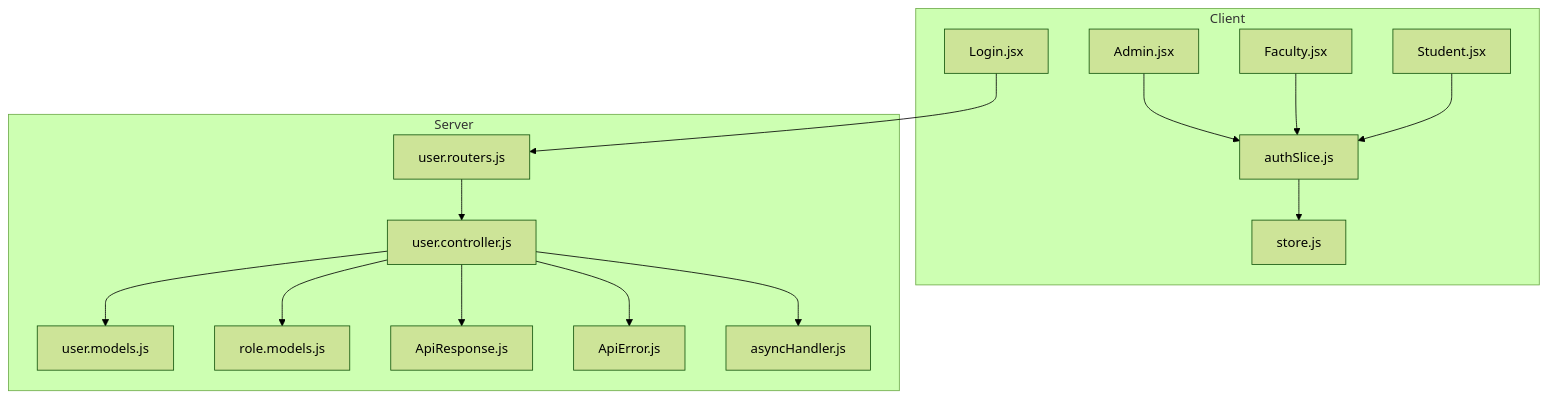
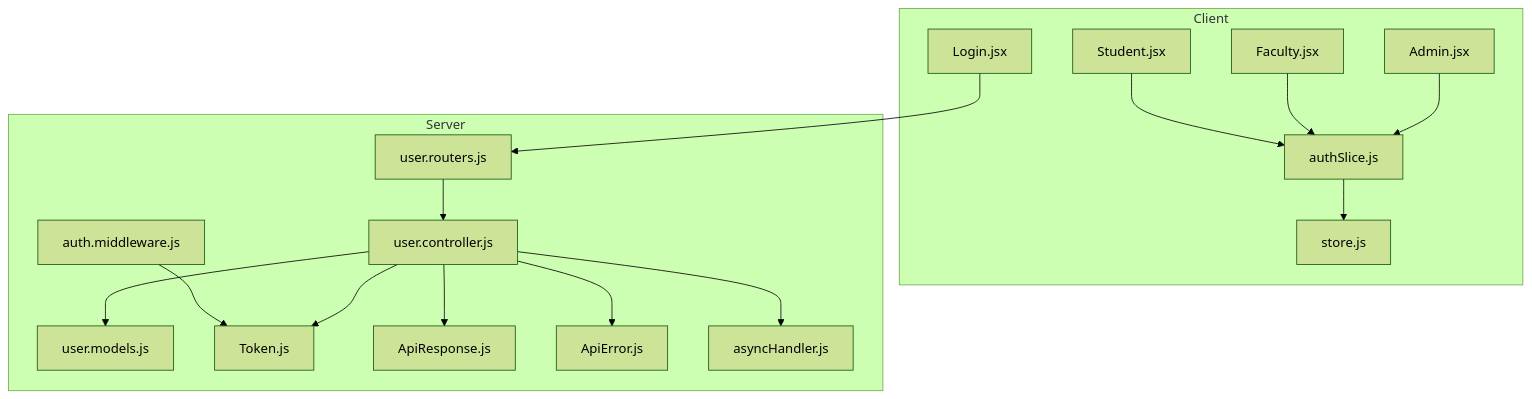
Diagram 11 of 11 in .qoder/repowiki/en/content/Authentication & Authorization/Authentication & Authorization.md (Aryan9060/Timetable-Project), drawn with Mermaid (forest theme) before and after one commit. The commit also changed other lines of this file and 15 other files, not shown here.

````diff
--- a/.qoder/repowiki/en/content/Authentication & Authorization/Authentication & Authorization.md
+++ b/.qoder/repowiki/en/content/Authentication & Authorization/Authentication & Authorization.md
@@ -356,31 +506,33 @@
 ```mermaid
 graph TB
 subgraph "Client"
 LS["authSlice.js"]
 ST["store.js"]
 LG["Login.jsx"]
 AD["Admin.jsx"]
 FA["Faculty.jsx"]
 SD["Student.jsx"]
 end
 subgraph "Server"
 UR["user.routers.js"]
 UC["user.controller.js"]
 UM["user.models.js"]
-RM["role.models.js"]
+AM["auth.middleware.js"]
+TK["Token.js"]
 AR["ApiResponse.js"]
 AE["ApiError.js"]
 AH["asyncHandler.js"]
 end
 LG --> UR
 UR --> UC
 UC --> UM
-UC --> RM
+UC --> TK
 UC --> AR
 UC --> AE
 UC --> AH
+AM --> TK
 AD --> LS
 FA --> LS
 SD --> LS
 LS --> ST
 ```
````
